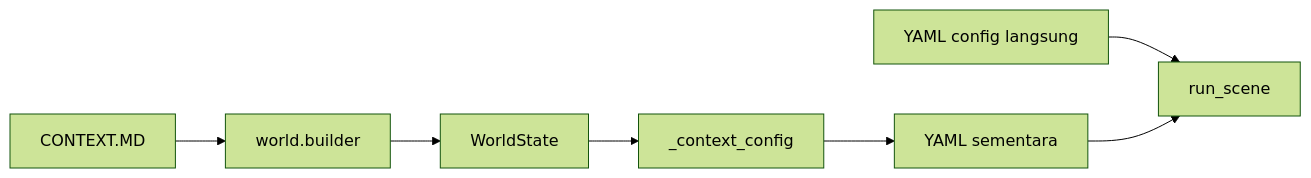
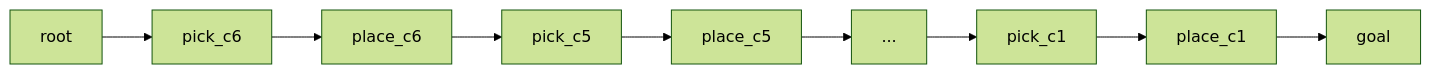
One commit to rafasoelistiono/MVP-CTAMP-ROBOT3 changed the second of 2 diagrams in README.md. Above: the diagram before and after it, drawn with Mermaid (forest theme). The commit also changed other lines of this file, not shown here.

````diff
--- a/README.md
+++ b/README.md
@@ -92,9 +654,7 @@
 ```mermaid
 flowchart LR
-    A["CONTEXT.MD"] --> B["world.builder"]
-    B --> C["WorldState"]
-    C --> D["_context_config"]
-    D --> E["YAML sementara"]
-    F["YAML config langsung"] --> G["run_scene"]
-    E --> G
+    R["root"] --> P6["pick_c6"] --> L6["place_c6"]
+    L6 --> P5["pick_c5"] --> L5["place_c5"]
+    L5 --> X["..."] --> P1["pick_c1"] --> L1["place_c1"]
+    L1 --> G["goal"]
 ```
````
